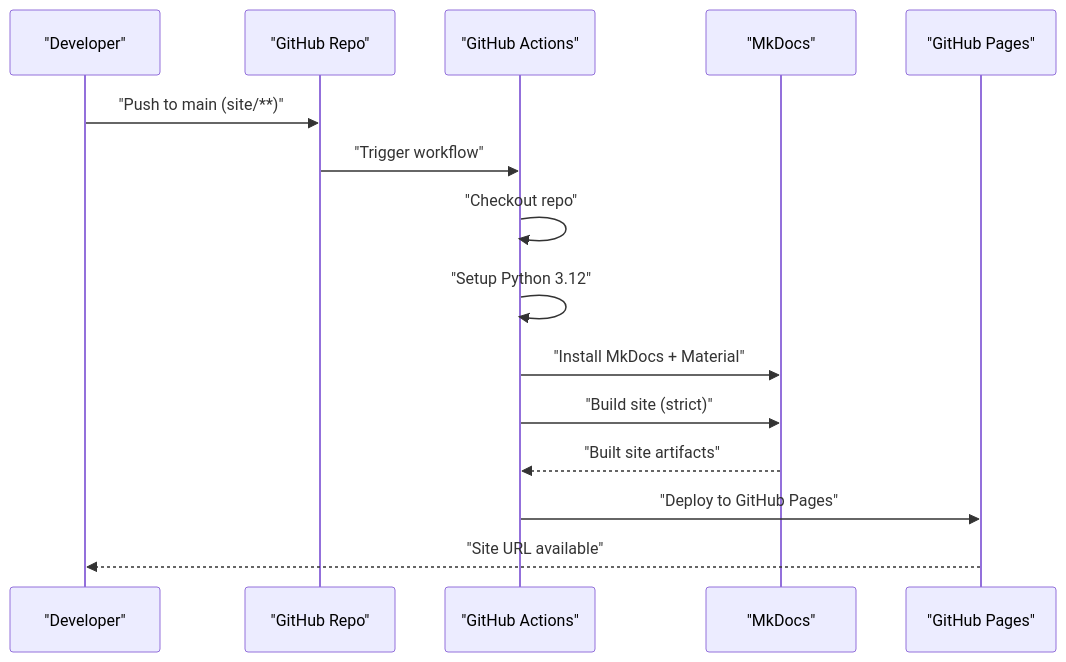
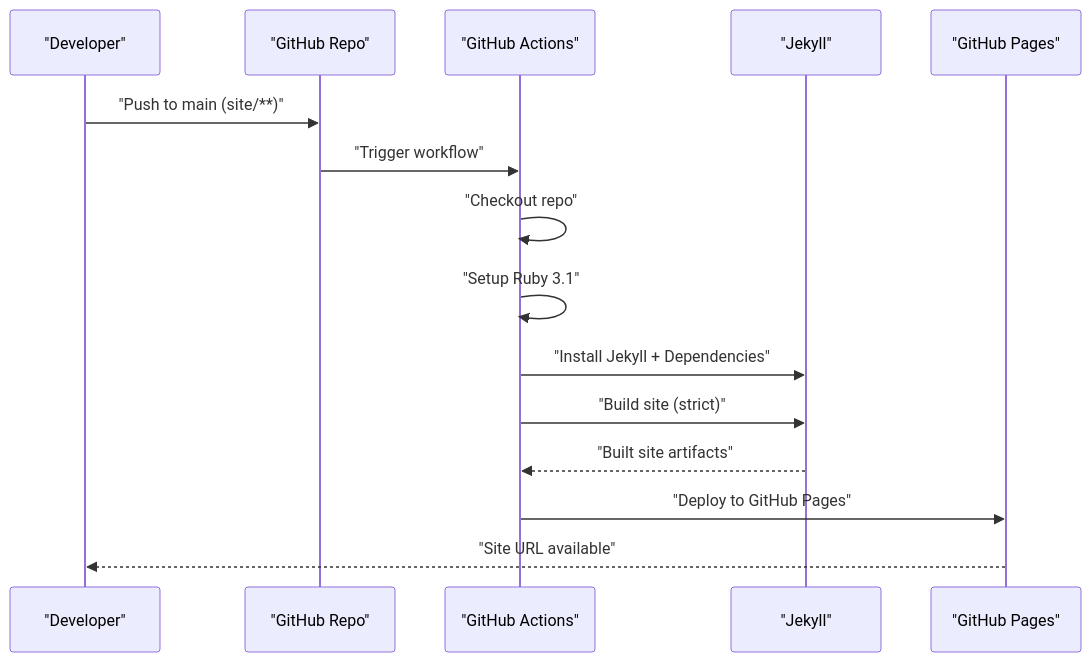
The fourth of 5 diagrams in .qoder/repowiki/en/content/Deployment and DevOps.md (PolarisW007/PolaZhenJing), drawn with Mermaid before and after one commit. The commit also changed other lines of this file and 153 other files, not shown here.

````diff
--- a/.qoder/repowiki/en/content/Deployment and DevOps.md
+++ b/.qoder/repowiki/en/content/Deployment and DevOps.md
@@ -244,17 +229,17 @@
 ```mermaid
 sequenceDiagram
 participant Dev as "Developer"
 participant GH as "GitHub Repo"
 participant GA as "GitHub Actions"
-participant MK as "MkDocs"
+participant JEKYLL as "Jekyll"
 participant GP as "GitHub Pages"
 Dev->>GH : "Push to main (site/**)"
 GH->>GA : "Trigger workflow"
 GA->>GA : "Checkout repo"
-GA->>GA : "Setup Python 3.12"
-GA->>MK : "Install MkDocs + Material"
-GA->>MK : "Build site (strict)"
-MK-->>GA : "Built site artifacts"
+GA->>GA : "Setup Ruby 3.1"
+GA->>JEKYLL : "Install Jekyll + Dependencies"
+GA->>JEKYLL : "Build site (strict)"
+JEKYLL-->>GA : "Built site artifacts"
 GA->>GP : "Deploy to GitHub Pages"
 GP-->>Dev : "Site URL available"
 ```
````
